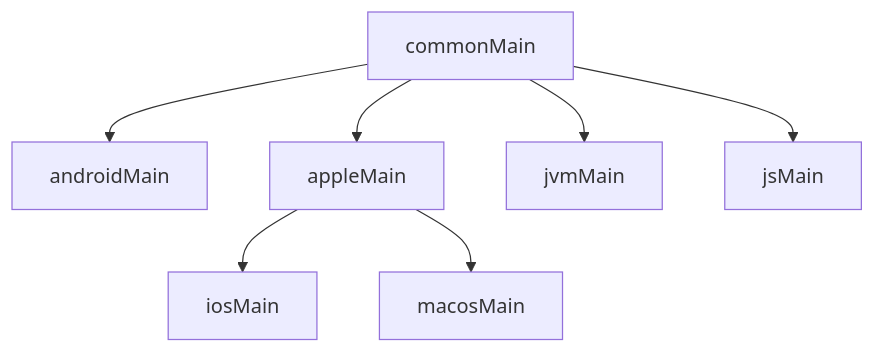
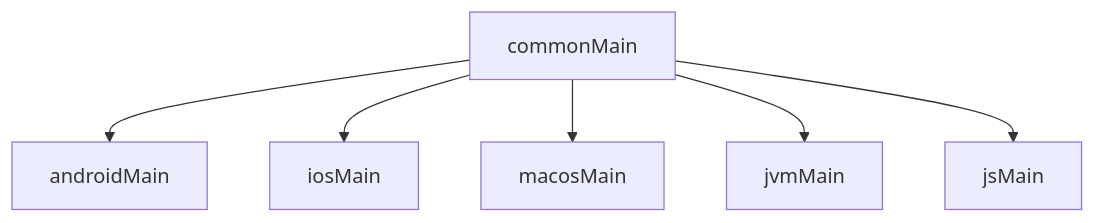
One commit to alimomin1998/v8v changed the second of 2 diagrams in README.md. Above: the diagram before and after it, drawn with Mermaid. The commit also changed other lines of this file and 44 other files, not shown here.

````diff
--- a/README.md
+++ b/README.md
@@ -72,9 +74,8 @@
 ```mermaid
 graph TD
     commonMain --> androidMain
-    commonMain --> appleMain
+    commonMain --> iosMain
+    commonMain --> macosMain
     commonMain --> jvmMain
     commonMain --> jsMain
-    appleMain --> iosMain
-    appleMain --> macosMain
 ```
````
